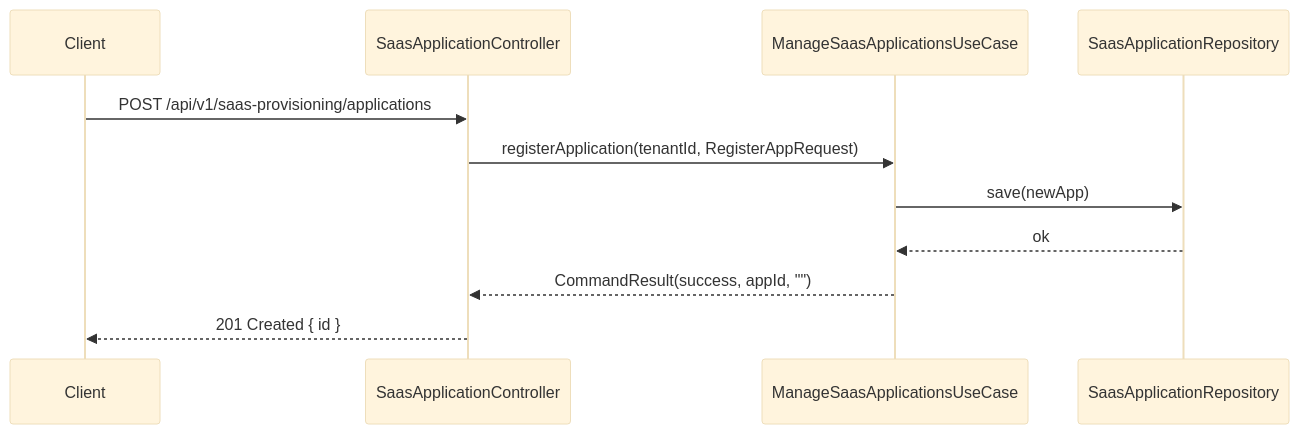
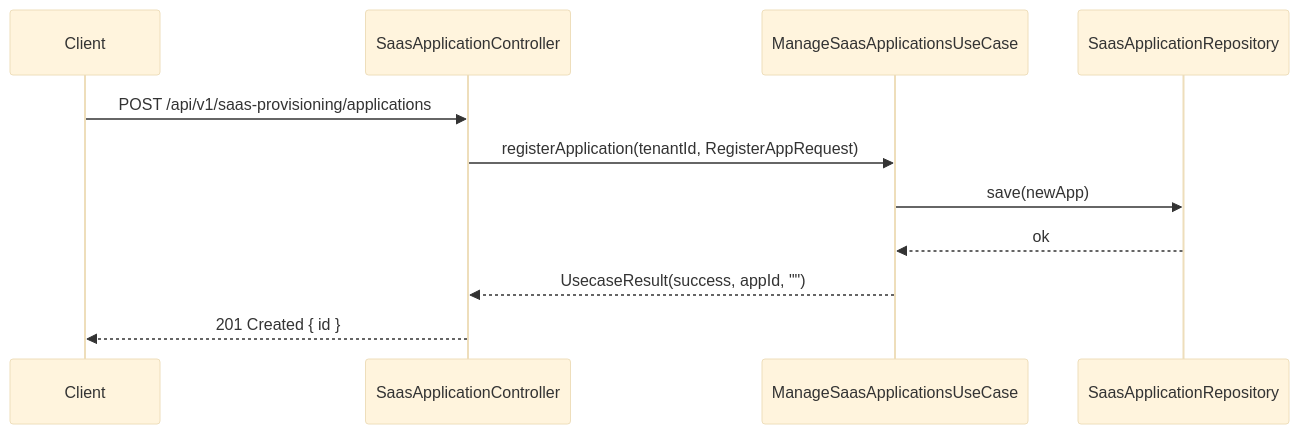
Before and after one commit to UIMSolutions/uim-platform: the fourth of 5 diagrams in saas-provisioning/UML.md, drawn with Mermaid (base theme). The commit also changed other lines of this file and 907 other files, not shown here.

Commit message:
Rename CommandResult

````diff
--- a/saas-provisioning/UML.md
+++ b/saas-provisioning/UML.md
@@ -292,14 +292,14 @@
 ```mermaid
 sequenceDiagram
     participant Client
     participant AppCtrl as SaasApplicationController
     participant UC as ManageSaasApplicationsUseCase
     participant Repo as SaasApplicationRepository
 
     Client->>AppCtrl: POST /api/v1/saas-provisioning/applications
     AppCtrl->>UC: registerApplication(tenantId, RegisterAppRequest)
     UC->>Repo: save(newApp)
     Repo-->>UC: ok
-    UC-->>AppCtrl: CommandResult(success, appId, "")
+    UC-->>AppCtrl: UsecaseResult(success, appId, "")
     AppCtrl-->>Client: 201 Created { id }
 ```
````
